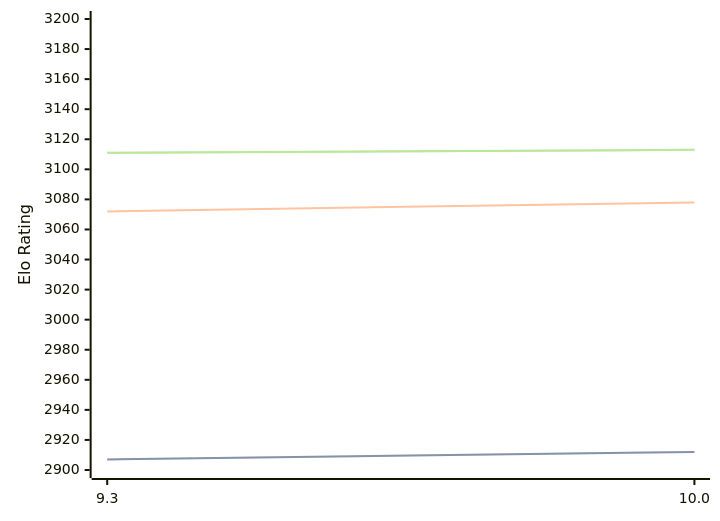
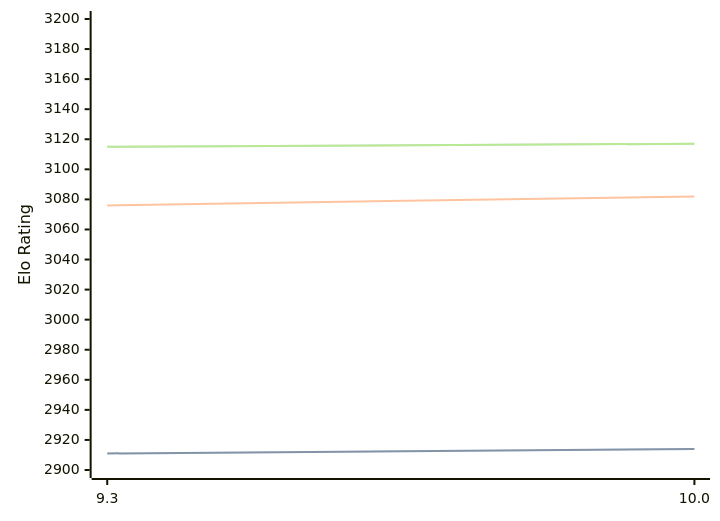
Before and after one commit to computer-chess-index/cci: the diagram in engines/Fire.md, drawn with Mermaid. The commit also changed other lines of this file, not shown here.

Commit message:
Update CCI Ratings (ELO VLTC) - 2026-02-24

````diff
--- a/engines/Fire.md
+++ b/engines/Fire.md
@@ -44,11 +44,11 @@
 ```mermaid
 %%{init: {"theme":"base","themeVariables":{"seriesColors:['#a3a3a3','#222221','#faa371']}}}%%
 xychart-beta
   x-axis ["9.3", "10.0"]
   y-axis "Elo Rating" 2900 --> 3200
-  line "STC (8.0+0.08s)" [2907, 2912]
-  line "STC (8.0+0.08s)" [2907, 2912]
-  line "LTC (60.0+0.60s)" [3072, 3078]
-  line "VLTC (2m24s+1.12s)" [3111, 3113]
-  line "VLTC (2m24s+1.12s)" [3111, 3113]
+  line "STC (8.0+0.08s)" [2911, 2914]
+  line "STC (8.0+0.08s)" [2911, 2914]
+  line "LTC (60.0+0.60s)" [3076, 3082]
+  line "VLTC (2m24s+1.12s)" [3115, 3117]
+  line "VLTC (2m24s+1.12s)" [3115, 3117]
 ```
````
